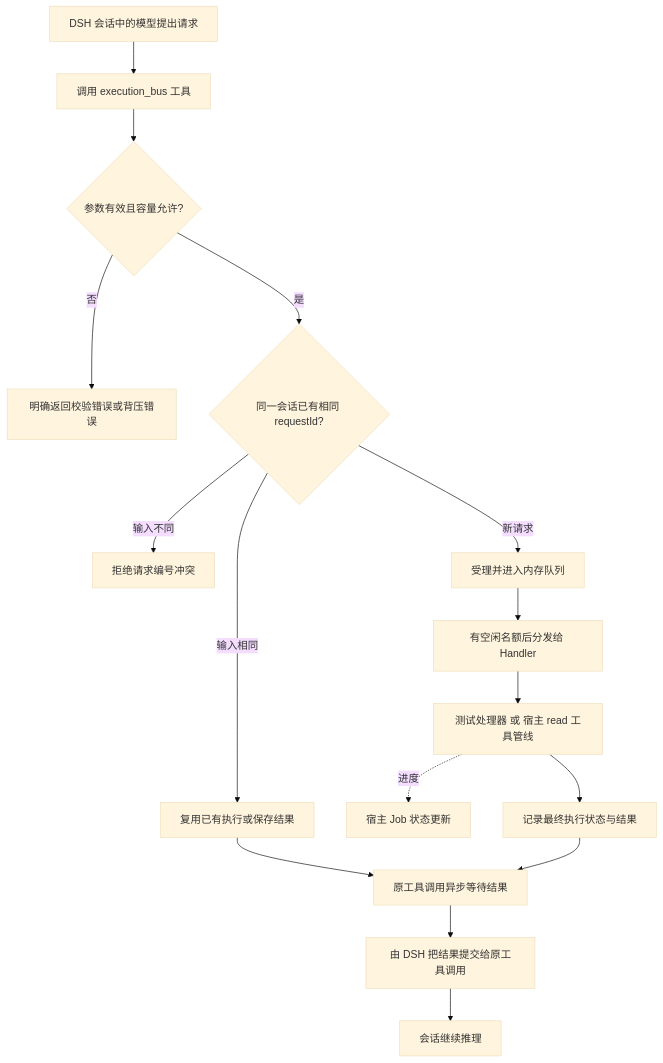
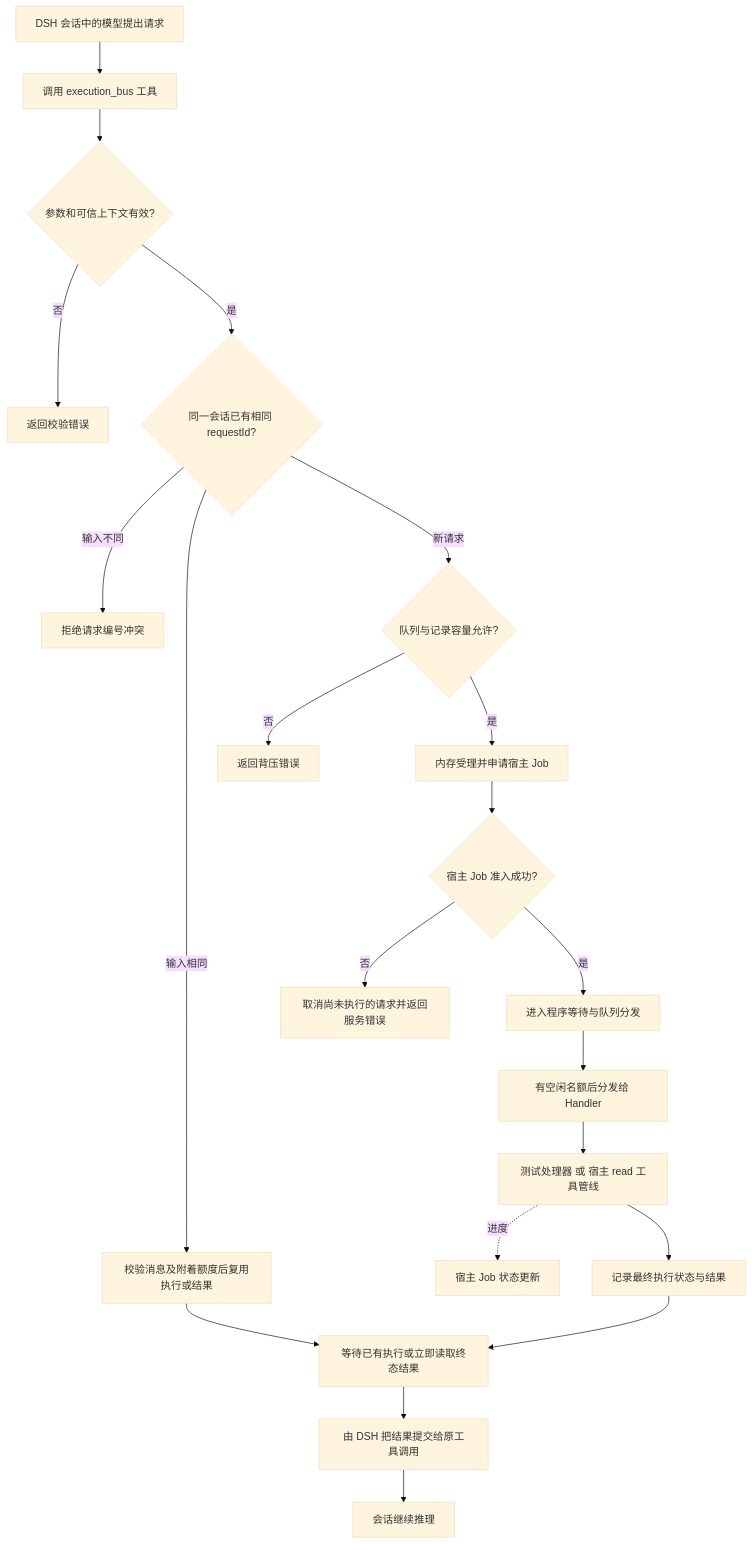
One commit to f-e-n-g-0531/dsh-execution-bus changed the first of 2 diagrams in README.md. Above: the diagram before and after it, drawn with Mermaid (base theme). The commit also changed other lines of this file and 24 other files, not shown here.

````diff
--- a/README.md
+++ b/README.md
@@ -31,18 +31,23 @@
 ```mermaid
 flowchart TD
     A[DSH 会话中的模型提出请求] --> B[调用 execution_bus 工具]
-    B --> C{参数有效且容量允许?}
-    C -->|否| D[明确返回校验错误或背压错误]
+    B --> C{参数和可信上下文有效?}
+    C -->|否| D[返回校验错误]
     C -->|是| E{同一会话已有相同 requestId?}
     E -->|输入不同| F[拒绝请求编号冲突]
-    E -->|输入相同| G[复用已有执行或保存结果]
-    E -->|新请求| H[受理并进入内存队列]
-    H --> I[有空闲名额后分发给 Handler]
+    E -->|输入相同| G[校验消息及附着额度后复用执行或结果]
+    E -->|新请求| Q{队列与记录容量允许?}
+    Q -->|否| R[返回背压错误]
+    Q -->|是| H[内存受理并申请宿主 Job]
+    H --> V{宿主 Job 准入成功?}
+    V -->|否| W[取消尚未执行的请求并返回服务错误]
+    V -->|是| P[进入程序等待与队列分发]
+    P --> I[有空闲名额后分发给 Handler]
     I --> J[测试处理器 或 宿主 read 工具管线]
     J -.进度.-> K[宿主 Job 状态更新]
     J --> L[记录最终执行状态与结果]
-    G --> M[原工具调用异步等待结果]
+    G --> M[等待已有执行或立即读取终态结果]
     L --> M
     M --> N[由 DSH 把结果提交给原工具调用]
     N --> O[会话继续推理]
 ```
````
